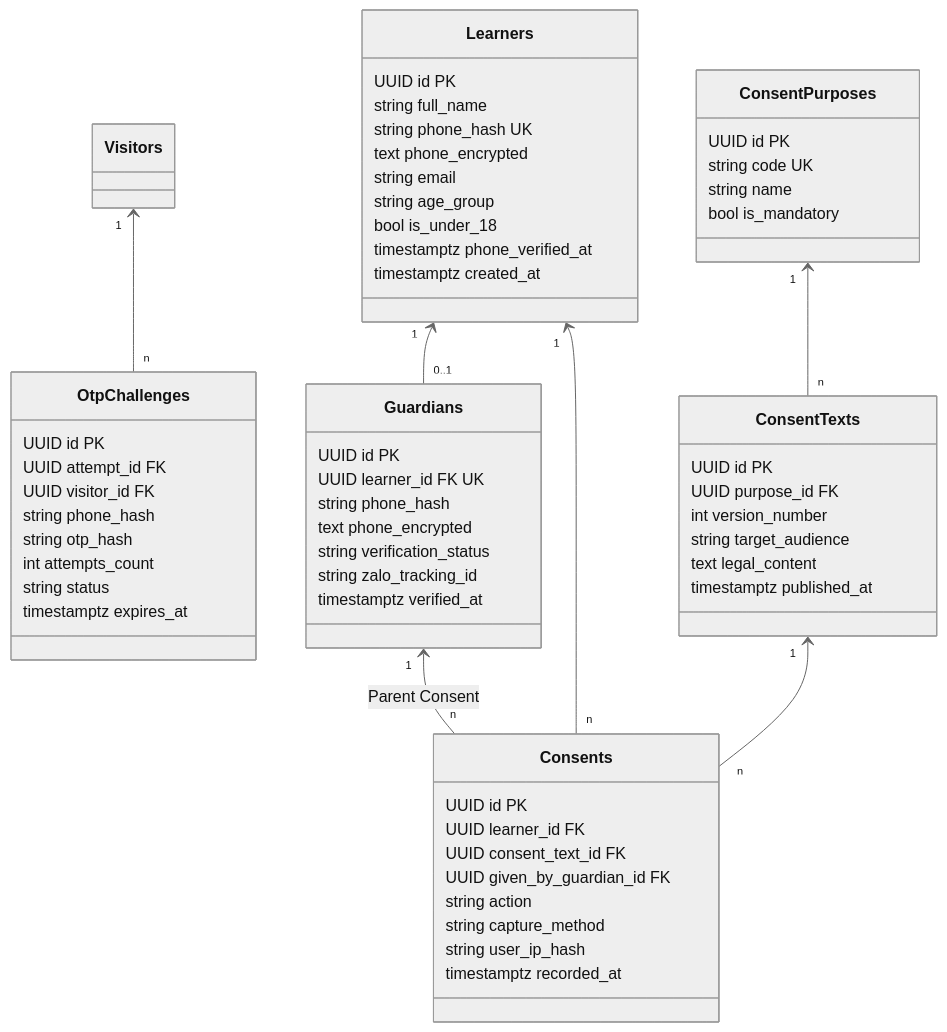
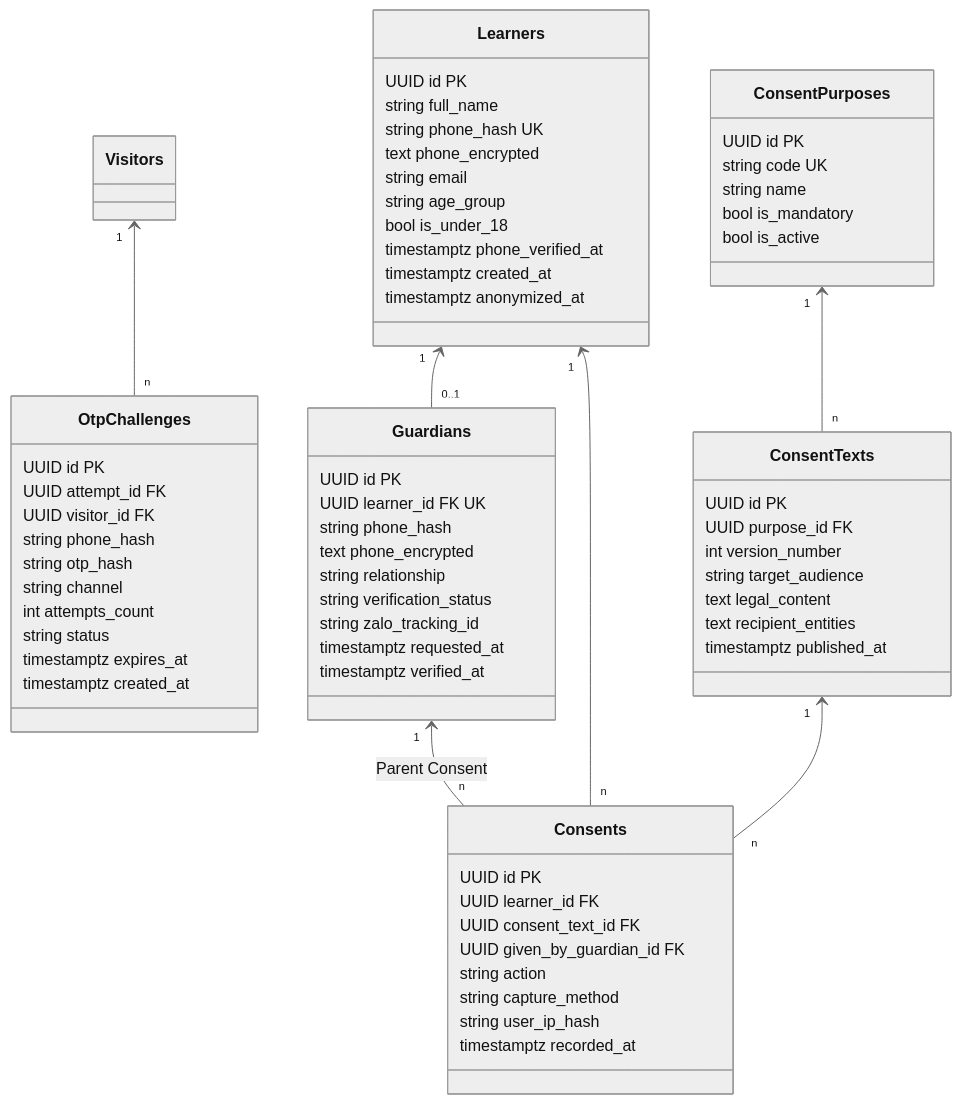
One commit to hoangthanhpro97/shd-tuhoctiengduc changed the third of 6 diagrams in docs/architecture/02-data-model.md. Above: the diagram before and after it, drawn with Mermaid (neutral theme). The commit also changed other lines of this file, not shown here.

Commit message:
docs(architecture): upgrade data model to v1.6 with cross-owner permission matrix, worker pii revocation, and exam duration alignment

````diff
--- a/docs/architecture/02-data-model.md
+++ b/docs/architecture/02-data-model.md
@@ -270,65 +293,72 @@
 ```mermaid
 classDiagram
     direction TB
     class Learners {
         UUID id PK
         string full_name
         string phone_hash UK
         text phone_encrypted
         string email
         string age_group
         bool is_under_18
         timestamptz phone_verified_at
         timestamptz created_at
+        timestamptz anonymized_at
     }
     class Guardians {
         UUID id PK
         UUID learner_id FK UK
         string phone_hash
         text phone_encrypted
+        string relationship
         string verification_status
         string zalo_tracking_id
+        timestamptz requested_at
         timestamptz verified_at
     }
     class OtpChallenges {
         UUID id PK
         UUID attempt_id FK
         UUID visitor_id FK
         string phone_hash
         string otp_hash
+        string channel
         int attempts_count
         string status
         timestamptz expires_at
+        timestamptz created_at
     }
     class ConsentPurposes {
         UUID id PK
         string code UK
         string name
         bool is_mandatory
+        bool is_active
     }
     class ConsentTexts {
         UUID id PK
         UUID purpose_id FK
         int version_number
         string target_audience
         text legal_content
+        text recipient_entities
         timestamptz published_at
     }
     class Consents {
         UUID id PK
         UUID learner_id FK
         UUID consent_text_id FK
         UUID given_by_guardian_id FK
         string action
         string capture_method
         string user_ip_hash
         timestamptz recorded_at
     }
 
     Learners "1" <-- "0..1" Guardians
     Learners "1" <-- "n" Consents
     ConsentTexts "1" <-- "n" Consents
     ConsentPurposes "1" <-- "n" ConsentTexts
     Guardians "1" <-- "n" Consents : Parent Consent
     Visitors "1" <-- "n" OtpChallenges
 ```
````
